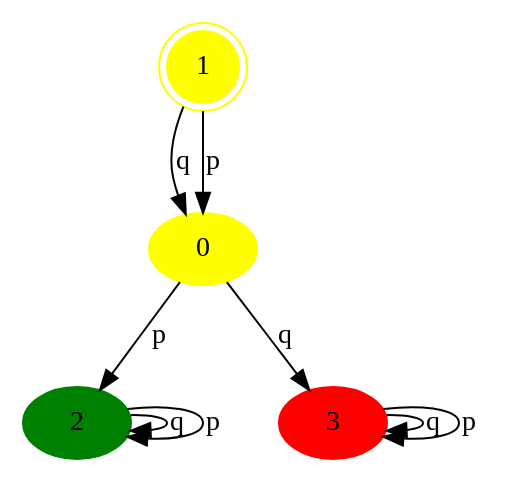
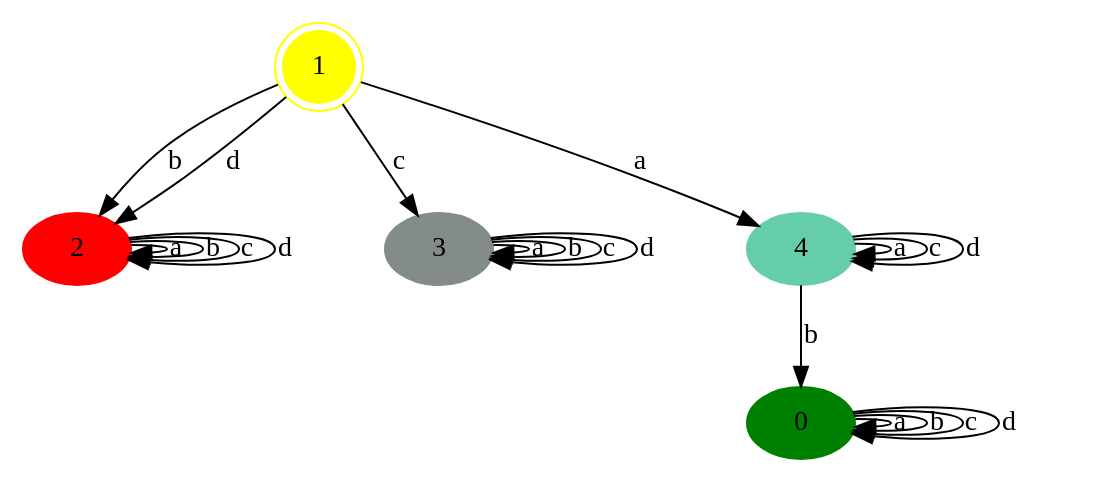
Before and after one commit to AngeloFerrando/MonitorWithSafetyAndCoSafetyCompletions: the diagram in monitor.dot, drawn with Graphviz. The commit also changed 6 other files, not shown here.

```diff
--- a/monitor.dot
+++ b/monitor.dot
@@ -1,14 +1,27 @@
 digraph Monitor {
-	0 [label=0 color=yellow style=filled]
+	0 [label=0 color=green style=filled]
 	1 [label=1 color=yellow shape=doublecircle style=filled]
-	2 [label=2 color=green style=filled]
-	3 [label=3 color=red style=filled]
-	0 -> 3 [label=q]
-	0 -> 2 [label=p]
-	1 -> 0 [label=q]
-	1 -> 0 [label=p]
-	2 -> 2 [label=q]
-	2 -> 2 [label=p]
-	3 -> 3 [label=q]
-	3 -> 3 [label=p]
+	2 [label=2 color=red style=filled]
+	3 [label=3 color=azure4 style=filled]
+	4 [label=4 color=aquamarine3 style=filled]
+	0 -> 0 [label=a]
+	0 -> 0 [label=b]
+	0 -> 0 [label=c]
+	0 -> 0 [label=d]
+	1 -> 4 [label=a]
+	1 -> 2 [label=b]
+	1 -> 3 [label=c]
+	1 -> 2 [label=d]
+	2 -> 2 [label=a]
+	2 -> 2 [label=b]
+	2 -> 2 [label=c]
+	2 -> 2 [label=d]
+	3 -> 3 [label=a]
+	3 -> 3 [label=b]
+	3 -> 3 [label=c]
+	3 -> 3 [label=d]
+	4 -> 4 [label=a]
+	4 -> 0 [label=b]
+	4 -> 4 [label=c]
+	4 -> 4 [label=d]
 }
```
